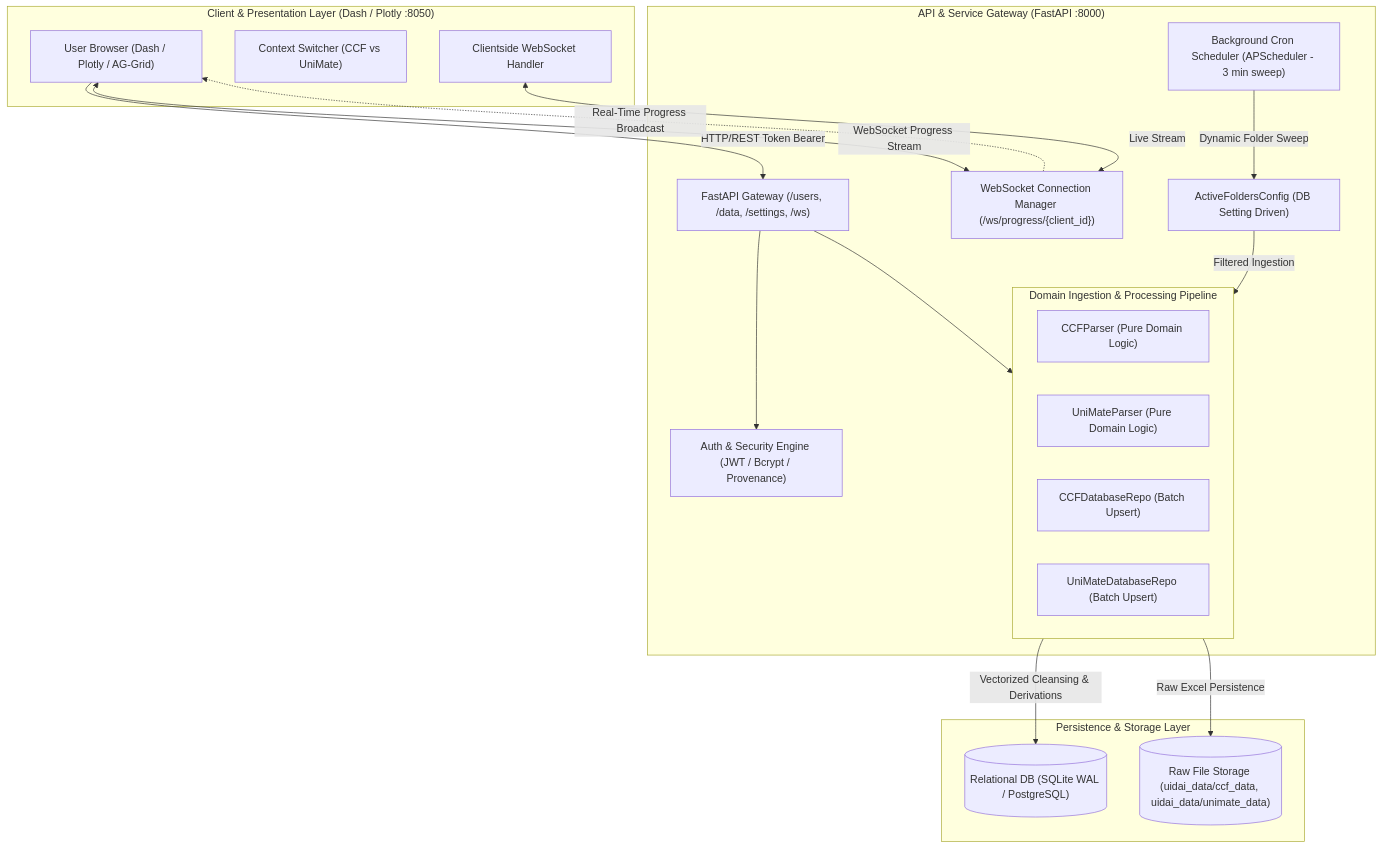
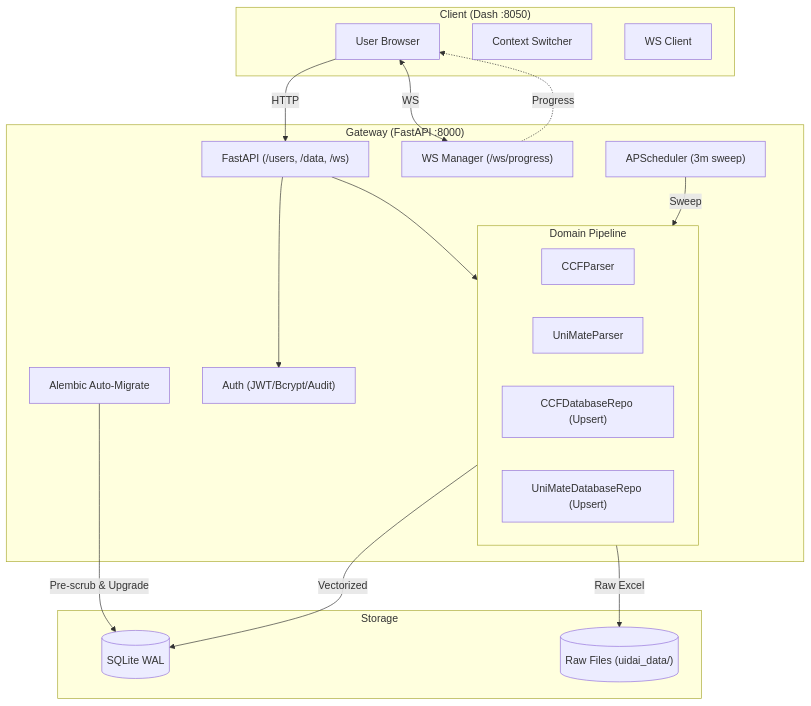
One commit to IDKHowToCodeFR/uidai-dashboard changed the first of 2 diagrams in ARCHITECTURE.md. Above: the diagram before and after it, drawn with Mermaid. The commit also changed other lines of this file, not shown here.

````diff
--- a/ARCHITECTURE.md
+++ b/ARCHITECTURE.md
@@ -17,40 +17,39 @@
 ```mermaid
 graph TB
-    subgraph ClientLayer ["Client & Presentation Layer (Dash / Plotly :8050)"]
-        Browser["User Browser (Dash / Plotly / AG-Grid)"]
-        ContextSwitch["Context Switcher (CCF vs UniMate)"]
-        WSClient["Clientside WebSocket Handler"]
+    subgraph Client ["Client (Dash :8050)"]
+        Browser["User Browser"]
+        Context["Context Switcher"]
+        WSClient["WS Client"]
     end
 
-    subgraph APILayer ["API & Service Gateway (FastAPI :8000)"]
-        Router["FastAPI Gateway (/users, /data, /settings, /ws)"]
-        AuthModule["Auth & Security Engine (JWT / Bcrypt / Provenance)"]
-        WSManager["WebSocket Connection Manager (/ws/progress/{client_id})"]
+    subgraph API ["Gateway (FastAPI :8000)"]
+        Router["FastAPI (/users, /data, /ws)"]
+        Auth["Auth (JWT/Bcrypt/Audit)"]
+        WSMgr["WS Manager (/ws/progress)"]
         
-        subgraph IngestionPipeline ["Domain Ingestion & Processing Pipeline"]
-            CCFParserEngine["CCFParser (Pure Domain Logic)"]
-            UniMateParserEngine["UniMateParser (Pure Domain Logic)"]
-            CCFRepo["CCFDatabaseRepo (Batch Upsert)"]
-            UniMateRepo["UniMateDatabaseRepo (Batch Upsert)"]
+        subgraph Ingest ["Domain Pipeline"]
+            CCFParser["CCFParser"]
+            UniMateParser["UniMateParser"]
+            CCFRepo["CCFDatabaseRepo (Upsert)"]
+            UniMateRepo["UniMateDatabaseRepo (Upsert)"]
         end
         
-        CronEngine["Background Cron Scheduler (APScheduler - 3 min sweep)"]
-        ActiveConfig["ActiveFoldersConfig (DB Setting Driven)"]
+        Cron["APScheduler (3m sweep)"]
+        SchemaMgr["Alembic Auto-Migrate"]
     end
 
-    subgraph StorageLayer ["Persistence & Storage Layer"]
-        RelationalDB[("Relational DB (SQLite WAL / PostgreSQL)")]
-        FileStore[("Raw File Storage (uidai_data/ccf_data, uidai_data/unimate_data)")]
+    subgraph Storage ["Storage"]
+        DB[("SQLite WAL")]
+        FS[("Raw Files (uidai_data/)")]
     end
 
-    Browser -->|HTTP/REST Token Bearer| Router
-    Browser <-->|WebSocket Progress Stream| WSManager
-    WSClient <-->|Live Stream| WSManager
-    Router --> AuthModule
-    Router --> IngestionPipeline
-    WSManager -.->|Real-Time Progress Broadcast| Browser
-    IngestionPipeline -->|Vectorized Cleansing & Derivations| RelationalDB
-    IngestionPipeline -->|Raw Excel Persistence| FileStore
-    CronEngine -->|Dynamic Folder Sweep| ActiveConfig
-    ActiveConfig -->|Filtered Ingestion| IngestionPipeline
+    Browser -->|HTTP| Router
+    Browser <-->|WS| WSMgr
+    Router --> Auth
+    Router --> Ingest
+    WSMgr -.->|Progress| Browser
+    Ingest -->|Vectorized| DB
+    Ingest -->|Raw Excel| FS
+    Cron -->|Sweep| Ingest
+    SchemaMgr -->|Pre-scrub & Upgrade| DB
 ```
````
